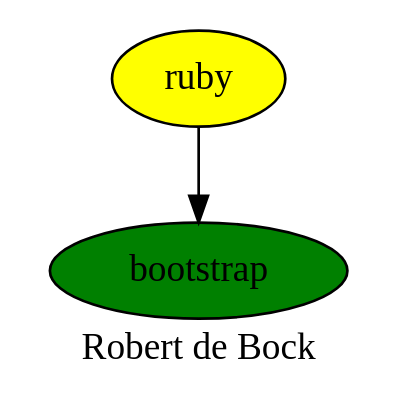
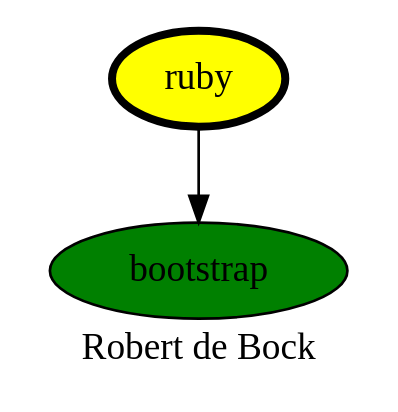
The diagram in ruby.dot (robertdebock/robertdebock.github.io), drawn with Graphviz before and after one commit. The commit also changed 24 other files, not shown here.

```diff
--- a/ruby.dot
+++ b/ruby.dot
@@ -1,9 +1,9 @@
 digraph PhiloDilemma {
   label = "Robert de Bock" ;
   overlap=false
   {
     bootstrap [fillcolor=green style=filled]
-    ruby [fillcolor=yellow style=filled]
+    ruby [fillcolor=yellow style=filled penwidth=3]
   }
   ruby -> bootstrap
 }
```
